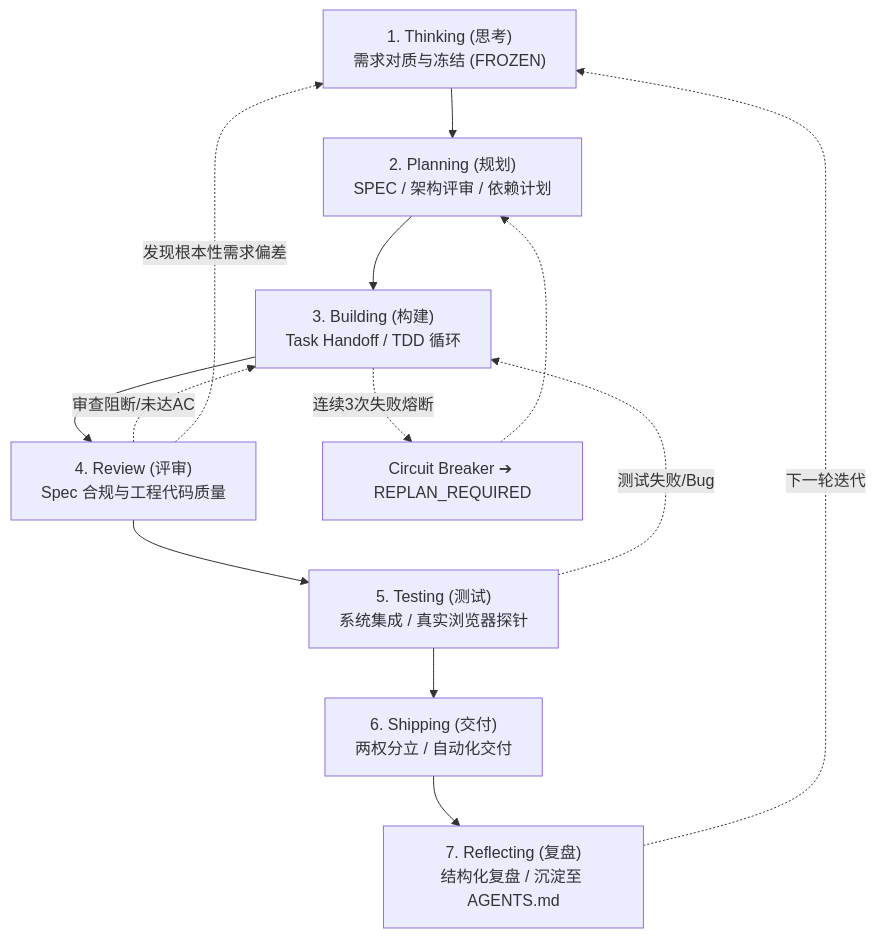
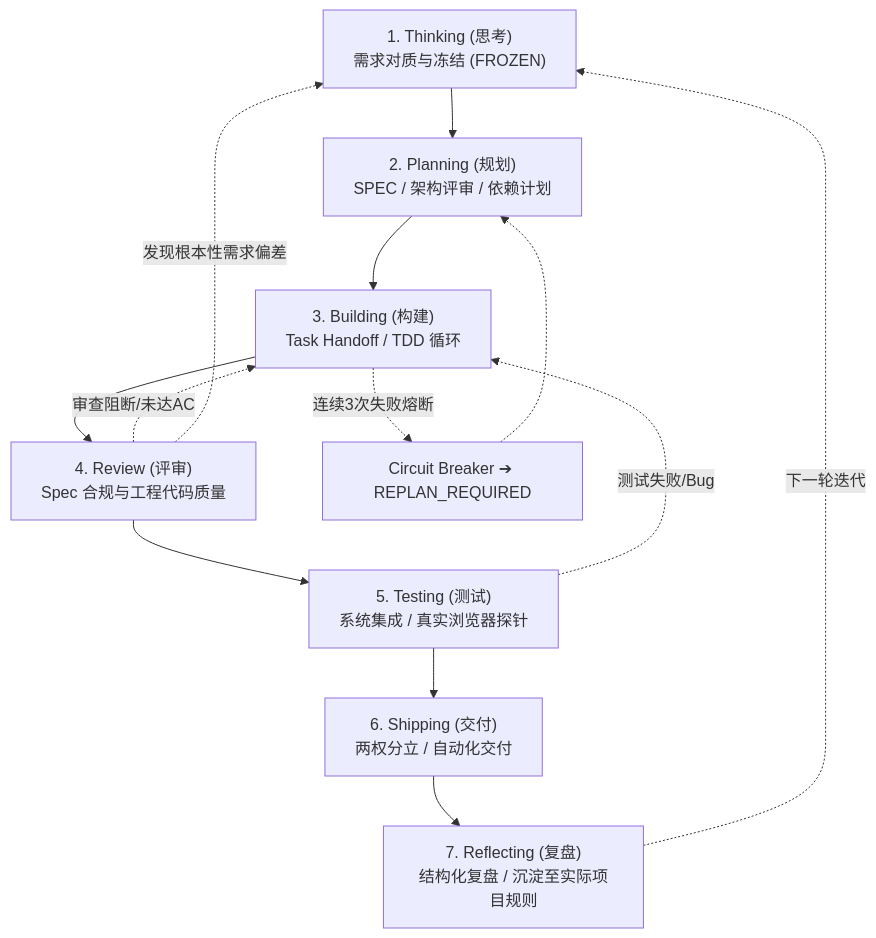
One commit to sz-xiaohuolong/vibe-workflow changed the third of 4 diagrams in docs/USER_GUIDE.zh-CN.md. Above: the diagram before and after it, drawn with Mermaid. The commit also changed other lines of this file and 22 other files, not shown here.

````diff
--- a/docs/USER_GUIDE.zh-CN.md
+++ b/docs/USER_GUIDE.zh-CN.md
@@ -61,17 +61,17 @@
 ```mermaid
 flowchart TD
     S1["1. Thinking (思考)<br/>需求对质与冻结 (FROZEN)"] --> S2["2. Planning (规划)<br/>SPEC / 架构评审 / 依赖计划"]
     S2 --> S3["3. Building (构建)<br/>Task Handoff / TDD 循环"]
     S3 --> S4["4. Review (评审)<br/>Spec 合规与工程代码质量"]
     S4 --> S5["5. Testing (测试)<br/>系统集成 / 真实浏览器探针"]
     S5 --> S6["6. Shipping (交付)<br/>两权分立 / 自动化交付"]
-    S6 --> S7["7. Reflecting (复盘)<br/>结构化复盘 / 沉淀至 AGENTS.md"]
+    S6 --> S7["7. Reflecting (复盘)<br/>结构化复盘 / 沉淀至实际项目规则"]
     S7 -.->|下一轮迭代| S1
 
     %% 回退路径 Failure Routes
     S3 -.->|连续3次失败熔断| CB["Circuit Breaker ➔ REPLAN_REQUIRED"]
     CB -.-> S2
     S4 -.->|审查阻断/未达AC| S3
     S5 -.->|测试失败/Bug| S3
     S4 -.->|发现根本性需求偏差| S1
 ```
````
